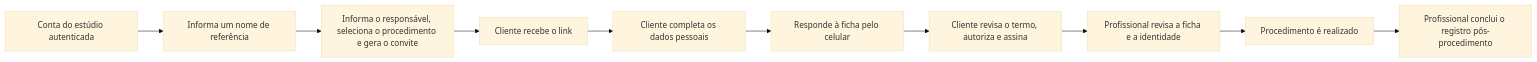
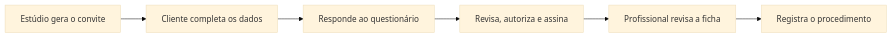
Before and after one commit to Felipe-everardo/ficha-digital: the first of 2 diagrams in README.md, drawn with Mermaid (base theme). The commit also changed other lines of this file and 1 other file, not shown here.

````diff
--- a/README.md
+++ b/README.md
@@ -42,12 +34,8 @@
 ```mermaid
 flowchart LR
-    A["Conta do estúdio autenticada"] --> B["Informa um nome de referência"]
-    B --> C["Informa o responsável, seleciona o procedimento e gera o convite"]
-    C --> D["Cliente recebe o link"]
-    D --> E["Cliente completa os dados pessoais"]
-    E --> F["Responde à ficha pelo celular"]
-    F --> G["Cliente revisa o termo, autoriza e assina"]
-    G --> H["Profissional revisa a ficha e a identidade"]
-    H --> I["Procedimento é realizado"]
-    I --> J["Profissional conclui o registro pós-procedimento"]
+    A["Estúdio gera o convite"] --> B["Cliente completa os dados"]
+    B --> C["Responde ao questionário"]
+    C --> D["Revisa, autoriza e assina"]
+    D --> E["Profissional revisa a ficha"]
+    E --> F["Registra o procedimento"]
 ```
````
